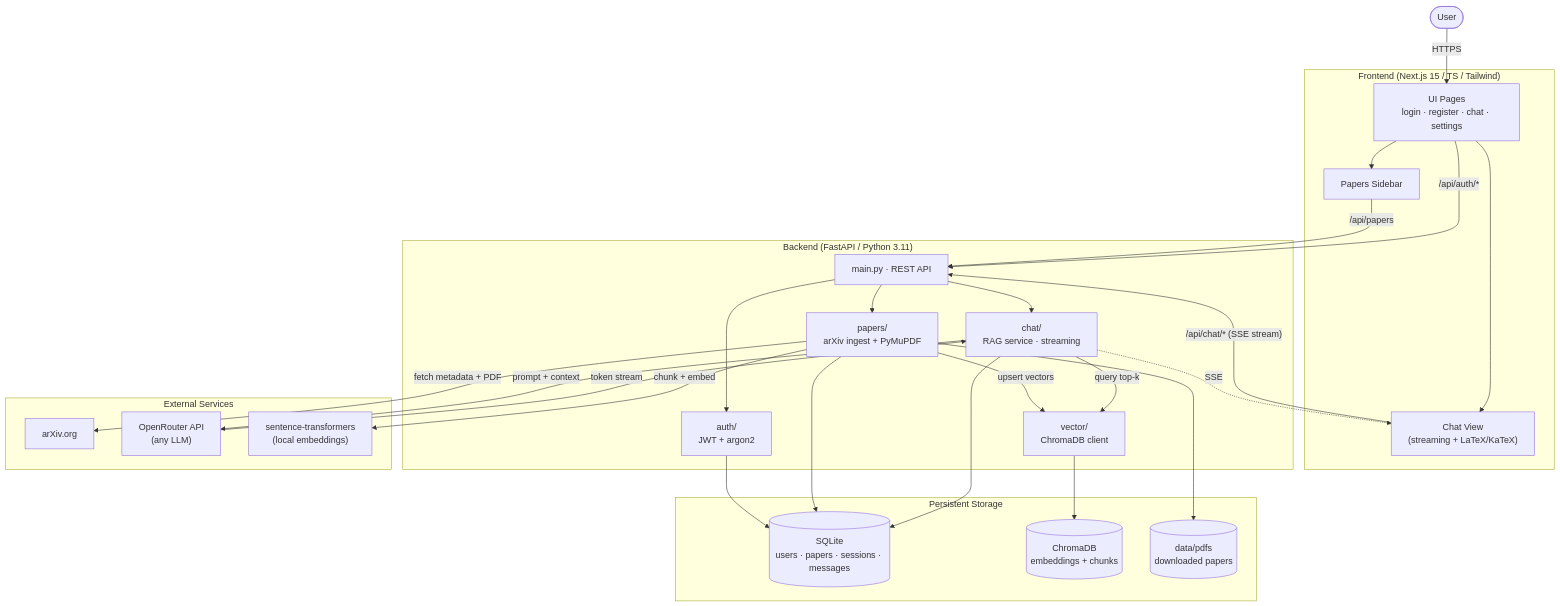
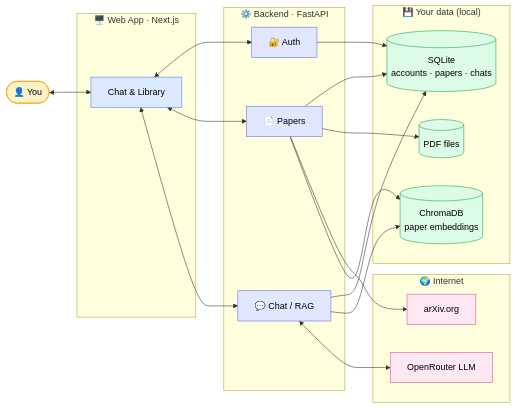
The diagram in README.md (RudenkoBogdan/ragsystem), drawn with Mermaid before and after one commit. The commit also changed other lines of this file, not shown here.

Commit message:
Simplify architecture section in README
Replace the dense module-level diagram with a friendlier big-picture
view (color-coded groups, emoji labels) and rewrite the request flows
as short step-by-step stories for adding a paper and asking a question.

````diff
--- a/README.md
+++ b/README.md
@@ -30,57 +32,52 @@
 ```mermaid
-flowchart TB
-    User([User])
+flowchart LR
+    User(["👤 You"])
 
-    subgraph Frontend["Frontend (Next.js 15 / TS / Tailwind)"]
-        UI["UI Pages<br/>login · register · chat · settings"]
-        Sidebar["Papers Sidebar"]
-        ChatView["Chat View<br/>(streaming + LaTeX/KaTeX)"]
+    subgraph App["🖥️ Web App · Next.js"]
+        UI["Chat &amp; Library"]
     end
 
-    subgraph Backend["Backend (FastAPI / Python 3.11)"]
-        API["main.py · REST API"]
-        Auth["auth/<br/>JWT + argon2"]
-        Papers["papers/<br/>arXiv ingest + PyMuPDF"]
-        Chat["chat/<br/>RAG service · streaming"]
-        Vector["vector/<br/>ChromaDB client"]
+    subgraph Server["⚙️ Backend · FastAPI"]
+        Auth["🔐 Auth"]
+        Papers["📄 Papers"]
+        Chat["💬 Chat / RAG"]
     end
 
-    subgraph Storage["Persistent Storage"]
-        SQLite[("SQLite<br/>users · papers · sessions · messages")]
-        Chroma[("ChromaDB<br/>embeddings + chunks")]
-        PDFs[("data/pdfs<br/>downloaded papers")]
+    subgraph Data["💾 Your data (local)"]
+        DB[("SQLite<br/>accounts · papers · chats")]
+        Vec[("ChromaDB<br/>paper embeddings")]
+        Files[("PDF files")]
     end
 
-    subgraph External["External Services"]
-        ArXiv["arXiv.org"]
-        OpenRouter["OpenRouter API<br/>(any LLM)"]
-        Embed["sentence-transformers<br/>(local embeddings)"]
+    subgraph Web["🌍 Internet"]
+        Arxiv["arXiv.org"]
+        LLM["OpenRouter LLM"]
     end
 
-    User -->|HTTPS| UI
-    UI --> Sidebar
-    UI --> ChatView
+    User <--> UI
+    UI <--> Auth
+    UI <--> Papers
+    UI <--> Chat
 
-    Sidebar -->|"/api/papers"| API
-    ChatView -->|"/api/chat/* (SSE stream)"| API
-    UI -->|"/api/auth/*"| API
+    Auth --> DB
+    Papers --> DB
+    Papers --> Files
+    Papers --> Arxiv
+    Papers --> Vec
 
-    API --> Auth
-    API --> Papers
-    API --> Chat
+    Chat --> DB
+    Chat --> Vec
+    Chat <--> LLM
 
-    Auth --> SQLite
-    Papers --> SQLite
-    Papers --> PDFs
-    Papers -->|fetch metadata + PDF| ArXiv
-    Papers -->|chunk + embed| Embed
-    Papers -->|upsert vectors| Vector
+    classDef user fill:#fef3c7,stroke:#f59e0b,color:#000
+    classDef app fill:#dbeafe,stroke:#3b82f6,color:#000
+    classDef srv fill:#e0e7ff,stroke:#6366f1,color:#000
+    classDef data fill:#dcfce7,stroke:#16a34a,color:#000
+    classDef ext fill:#fce7f3,stroke:#ec4899,color:#000
 
-    Chat --> SQLite
-    Chat -->|query top-k| Vector
-    Chat -->|prompt + context| OpenRouter
-    OpenRouter -->|token stream| Chat
-    Chat -.->|SSE| ChatView
-
-    Vector --> Chroma
+    class User user
+    class UI app
+    class Auth,Papers,Chat srv
+    class DB,Vec,Files data
+    class Arxiv,LLM ext
 ```
````
